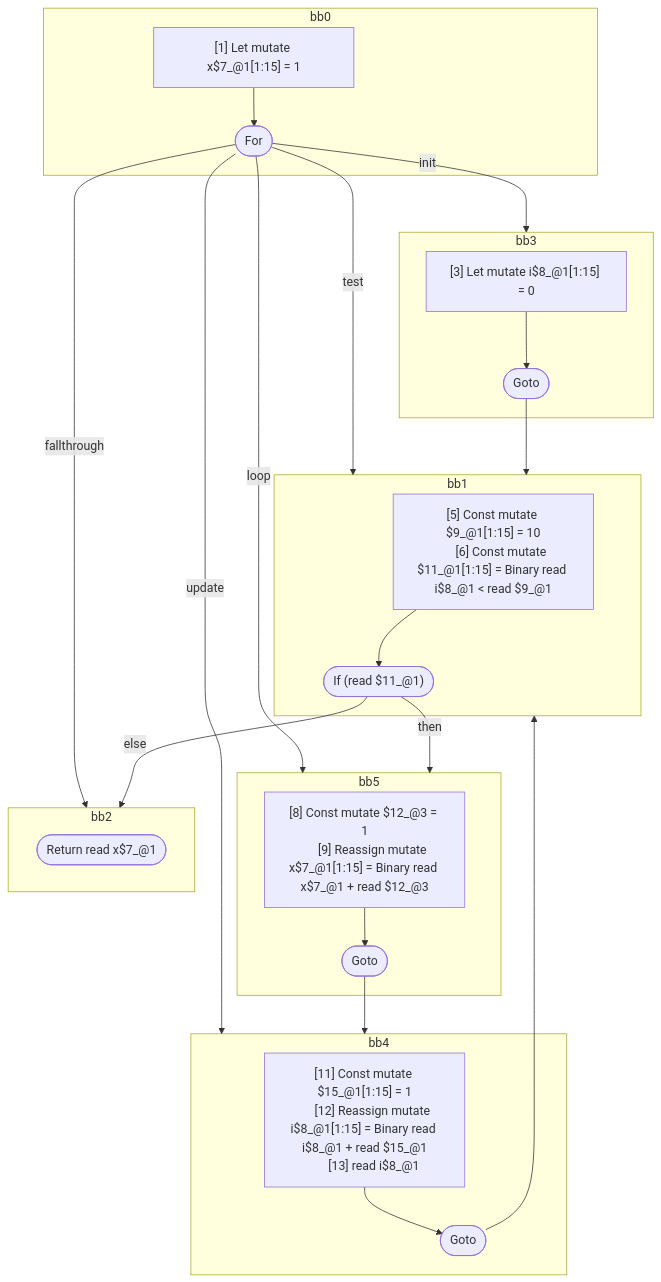
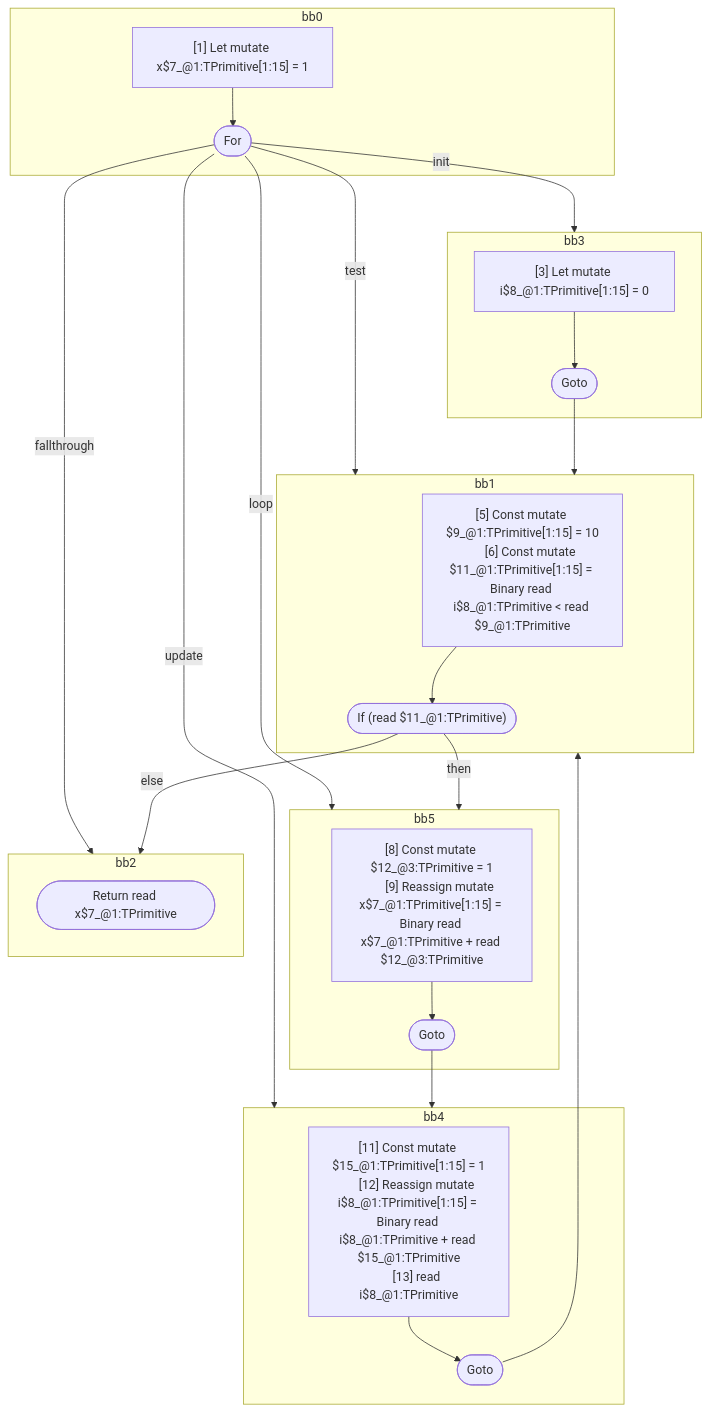
One commit to wutsmog/private changed the diagram in compiler/forget/src/__tests__/fixtures/hir/ssa-for.expect.md. Above: the diagram before and after it, drawn with Mermaid. The commit also changed other lines of this file and 112 other files, not shown here.

````diff
--- a/compiler/forget/src/__tests__/fixtures/hir/ssa-for.expect.md
+++ b/compiler/forget/src/__tests__/fixtures/hir/ssa-for.expect.md
@@ -76,54 +76,54 @@
 ```mermaid
 flowchart TB
   %% Basic Blocks
   subgraph bb0
     bb0_instrs["
-      [1] Let mutate x$7_@1[1:15] = 1
+      [1] Let mutate x$7_@1:TPrimitive[1:15] = 1
     "]
     bb0_instrs --> bb0_terminal(["For"])
   end
   subgraph bb3
     bb3_instrs["
-      [3] Let mutate i$8_@1[1:15] = 0
+      [3] Let mutate i$8_@1:TPrimitive[1:15] = 0
     "]
     bb3_instrs --> bb3_terminal(["Goto"])
   end
   subgraph bb1
     bb1_instrs["
-      [5] Const mutate $9_@1[1:15] = 10
-      [6] Const mutate $11_@1[1:15] = Binary read i$8_@1 < read $9_@1
+      [5] Const mutate $9_@1:TPrimitive[1:15] = 10
+      [6] Const mutate $11_@1:TPrimitive[1:15] = Binary read i$8_@1:TPrimitive < read $9_@1:TPrimitive
     "]
-    bb1_instrs --> bb1_terminal(["If (read $11_@1)"])
+    bb1_instrs --> bb1_terminal(["If (read $11_@1:TPrimitive)"])
   end
   subgraph bb5
     bb5_instrs["
-      [8] Const mutate $12_@3 = 1
-      [9] Reassign mutate x$7_@1[1:15] = Binary read x$7_@1 + read $12_@3
+      [8] Const mutate $12_@3:TPrimitive = 1
+      [9] Reassign mutate x$7_@1:TPrimitive[1:15] = Binary read x$7_@1:TPrimitive + read $12_@3:TPrimitive
     "]
     bb5_instrs --> bb5_terminal(["Goto"])
   end
   subgraph bb4
     bb4_instrs["
-      [11] Const mutate $15_@1[1:15] = 1
-      [12] Reassign mutate i$8_@1[1:15] = Binary read i$8_@1 + read $15_@1
-      [13] read i$8_@1
+      [11] Const mutate $15_@1:TPrimitive[1:15] = 1
+      [12] Reassign mutate i$8_@1:TPrimitive[1:15] = Binary read i$8_@1:TPrimitive + read $15_@1:TPrimitive
+      [13] read i$8_@1:TPrimitive
     "]
     bb4_instrs --> bb4_terminal(["Goto"])
   end
   subgraph bb2
-    bb2_terminal(["Return read x$7_@1"])
+    bb2_terminal(["Return read x$7_@1:TPrimitive"])
   end
 
   %% Jumps
   bb0_terminal -- "init" --> bb3
   bb0_terminal -- "test" --> bb1
   bb0_terminal -- "update" --> bb4
   bb0_terminal -- "loop" --> bb5
   bb0_terminal -- "fallthrough" --> bb2
   bb3_terminal --> bb1
   bb1_terminal -- "then" --> bb5
   bb1_terminal -- "else" --> bb2
   bb5_terminal --> bb4
   bb4_terminal --> bb1
 
 ```
````
